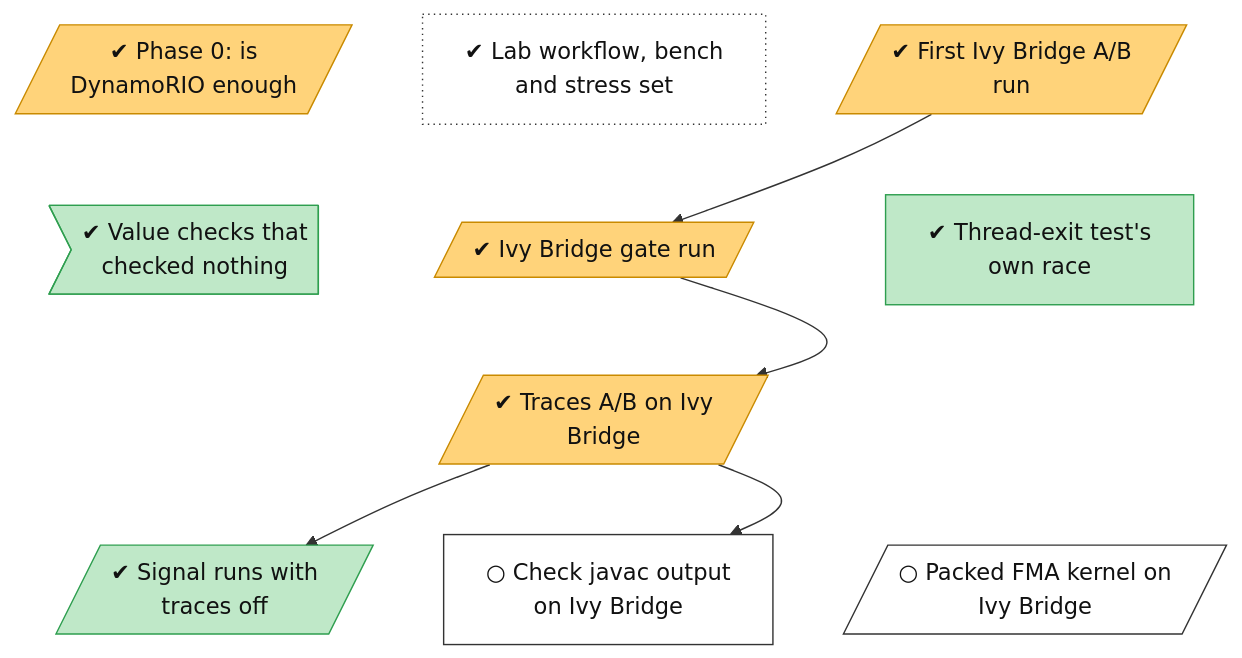
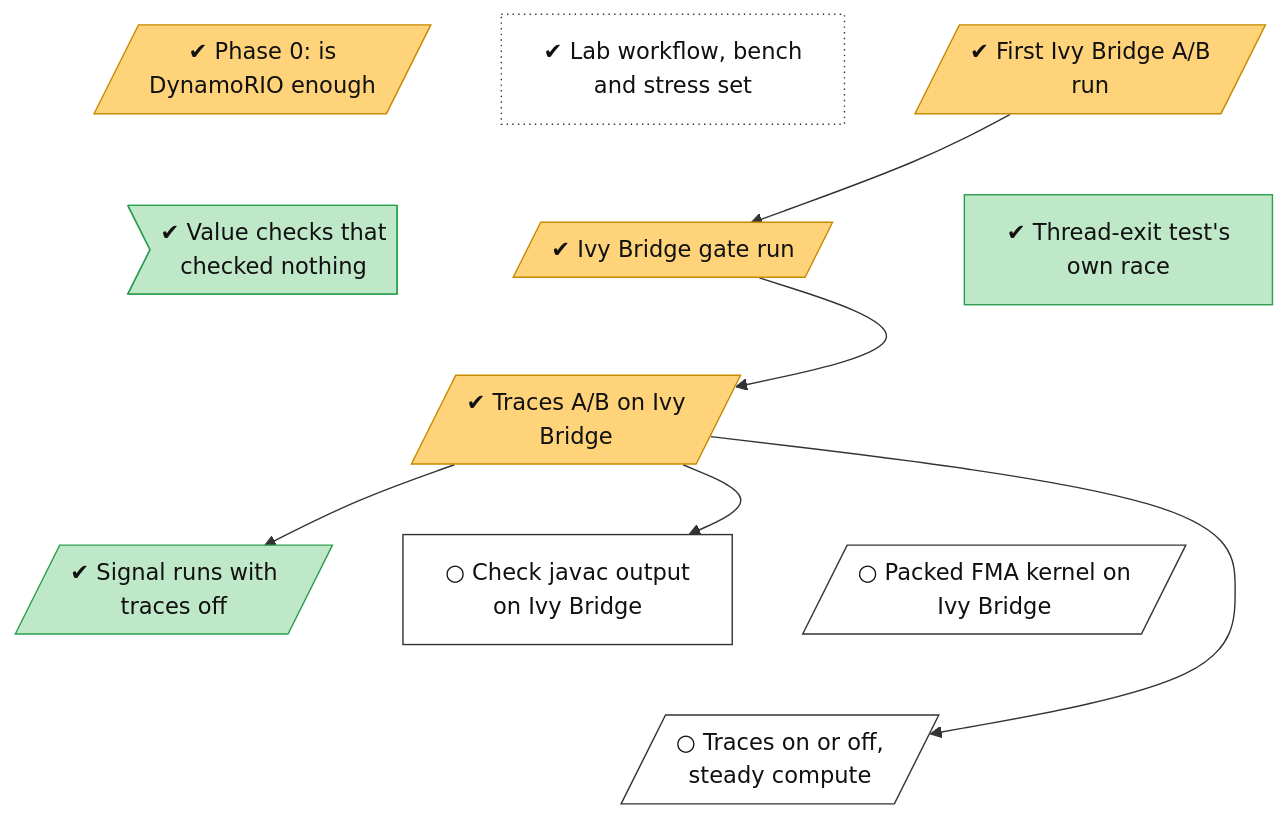
Before and after one commit to lhns/v3compat: the diagram in docs/roadmap/tracks/lab.md, drawn with Mermaid. The commit also changed other lines of this file and 14 other files, not shown here.

First line of the commit message:
Traces off by default; canary drops the cache; roadmap (#96)

````diff
--- a/docs/roadmap/tracks/lab.md
+++ b/docs/roadmap/tracks/lab.md
@@ -10,44 +10,49 @@
 ```mermaid
 flowchart TB
     lab_phase0[/"✔ Phase 0: is<br/>DynamoRIO enough"/]
     lab_tooling["✔ Lab workflow, bench<br/>and stress set"]
     lab_ivy_ab[/"✔ First Ivy Bridge A/B<br/>run"/]
     lab_noop_value_checks>"✔ Value checks that<br/>checked nothing"]
     lab_ivy_gate[/"✔ Ivy Bridge gate run"/]
     lab_thread_exit_test["✔ Thread-exit test's<br/>own race"]
     lab_ivy_traces[/"✔ Traces A/B on Ivy<br/>Bridge"/]
     lab_ivy_traces_signal[/"✔ Signal runs with<br/>traces off"/]
     lab_javac_digest["○ Check javac output<br/>on Ivy Bridge"]
     lab_fma_ivy[/"○ Packed FMA kernel on<br/>Ivy Bridge"/]
+    lab_traces_steady[/"○ Traces on or off,<br/>steady compute"/]
     lab_phase0 ~~~ lab_noop_value_checks
     lab_tooling ~~~ lab_ivy_gate
     lab_ivy_ab ~~~ lab_thread_exit_test
     lab_noop_value_checks ~~~ lab_ivy_traces
     lab_ivy_gate ~~~ lab_ivy_traces
     lab_thread_exit_test ~~~ lab_ivy_traces
     lab_ivy_traces ~~~ lab_ivy_traces_signal
     lab_ivy_traces ~~~ lab_javac_digest
     lab_ivy_traces ~~~ lab_fma_ivy
+    lab_ivy_traces_signal ~~~ lab_traces_steady
+    lab_javac_digest ~~~ lab_traces_steady
+    lab_fma_ivy ~~~ lab_traces_steady
     lab_ivy_ab --> lab_ivy_gate
     lab_ivy_gate --> lab_ivy_traces
     lab_ivy_traces --> lab_ivy_traces_signal
     lab_ivy_traces --> lab_javac_digest
+    lab_ivy_traces --> lab_traces_steady
     classDef vsucc fill:#2e9e4f,stroke:#1b6b34,color:#fff
     classDef succ fill:#bfe8c8,stroke:#2e9e4f,color:#111
     classDef mixed fill:#ffd37a,stroke:#c98a00,color:#111
     classDef bad fill:#f28b82,stroke:#b3261e,color:#111
     classDef dead fill:#e6e6e6,stroke:#777,stroke-dasharray:5 5,color:#555
     classDef inprog fill:#a8cdf5,stroke:#1f6fc5,color:#111
     classDef next fill:#fff,stroke:#333,color:#111
     classDef blocked fill:#fff,stroke:#b3261e,stroke-dasharray:2 2,color:#111
     classDef parked fill:#f3f3f3,stroke:#999,color:#555
     classDef unrated fill:#fff,stroke:#333,stroke-dasharray:1 3,color:#111
     classDef gate fill:#d9c2f0,stroke:#7b3fb5,color:#111
     classDef decided fill:#ece0f7,stroke:#7b3fb5,stroke-dasharray:2 2,color:#111
     classDef finding fill:#ffe0b2,stroke:#d84315,stroke-width:2px,color:#111
     classDef waiting fill:#e3f2fd,stroke:#1f6fc5,stroke-dasharray:5 5,color:#111
     class lab_phase0,lab_ivy_ab,lab_ivy_gate,lab_ivy_traces mixed
     class lab_tooling unrated
     class lab_noop_value_checks,lab_thread_exit_test,lab_ivy_traces_signal succ
-    class lab_javac_digest,lab_fma_ivy next
+    class lab_javac_digest,lab_fma_ivy,lab_traces_steady next
 ```
````
